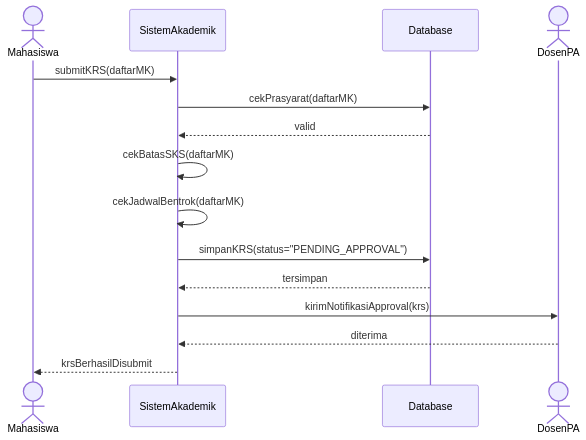
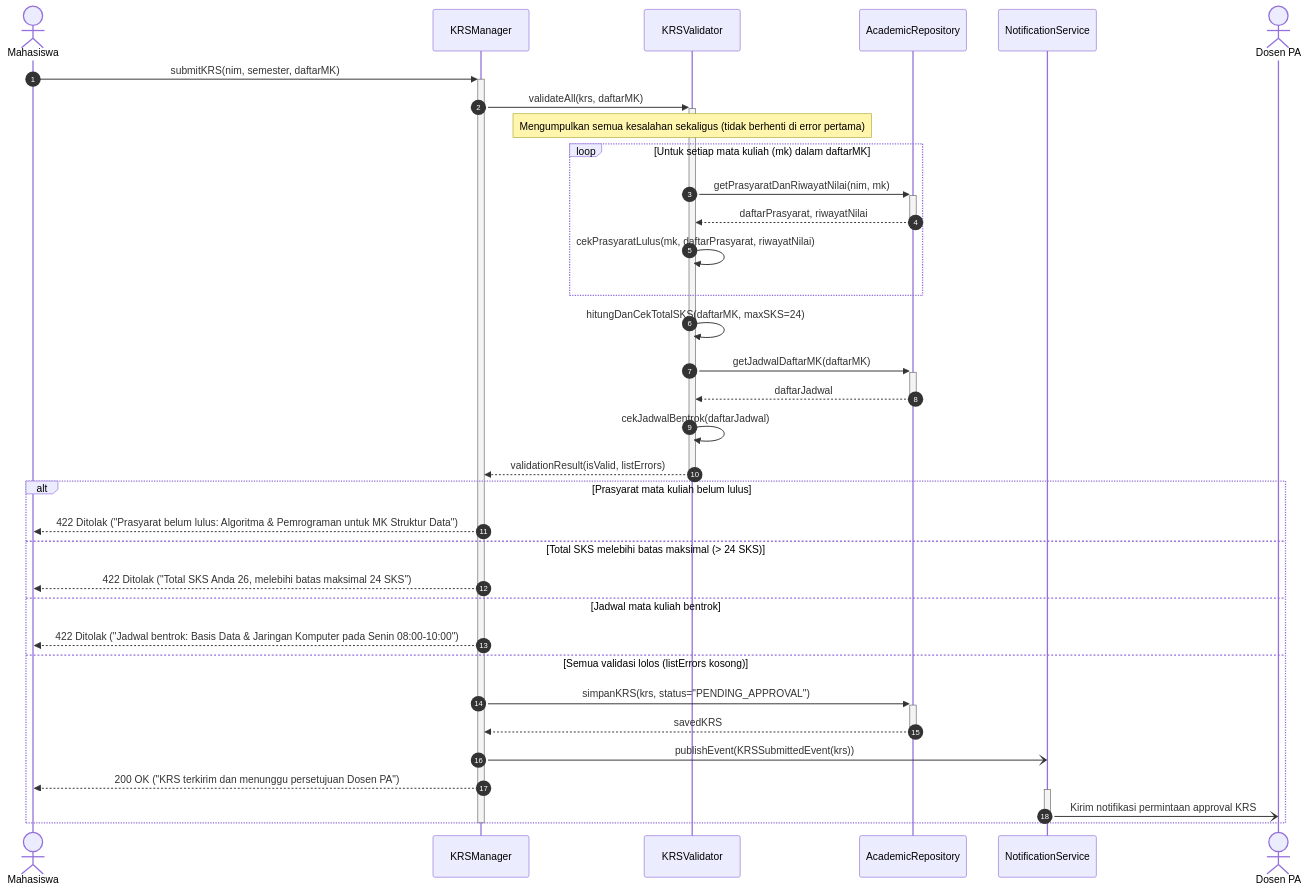
Before and after one commit to 12nicholacndy/PROJECT-PBO-PMB-KRS: the diagram in diagrams/sequence-krs.mmd, drawn with Mermaid. The commit also changed 1 other file, not shown here.

Commit message:
refactor(diagrams): add alternate flows, async notifications, and SOLID participants to sequence diagrams

```diff
--- a/diagrams/sequence-krs.mmd
+++ b/diagrams/sequence-krs.mmd
@@ -1,22 +1,54 @@
-%% SEVIMA-Mini — Sequence Diagram Validasi KRS (Draft v1 — Output Awal AI sebelum Revisi)
-%% Catatan kelemahan awal AI:
-%% 1. Semua logika menumpuk di satu participant "SistemAkademik" (God Object).
-%% 2. Tidak ada fragmen loop untuk memeriksa prasyarat setiap mata kuliah.
-%% 3. Tidak ada alternate flow (alt) untuk kasus gagal (prasyarat, SKS > 24, jadwal bentrok).
-%% 4. Notifikasi ke Dosen PA masih sinkron sehingga memblokir respon ke Mahasiswa.
+%% ============================================================================
+%% SEVIMA-Mini — Final Sequence Diagram: Validasi & Submit KRS
+%% Sinkron dengan Class Diagram:
+%%   KRSManager, KRSValidator, AcademicRepository, NotificationService.
+%% Mencakup:
+%%   - Fragmen loop untuk memeriksa prasyarat setiap mata kuliah
+%%   - Self-call untuk hitung total SKS (maks. 24) & cek jadwal bentrok
+%%   - Fragmen alt 4 cabang (prasyarat gagal, SKS > 24, jadwal bentrok, lolos)
+%%   - Pesan error spesifik & actionable (mengumpulkan semua error sekaligus)
+%%   - Pesan asinkron (-)) ke NotificationService agar Mahasiswa tidak menunggu
+%% ============================================================================
 sequenceDiagram
+    autonumber
     actor Mahasiswa
-    participant SistemAkademik
-    participant Database
-    actor DosenPA
+    participant KRSManager
+    participant KRSValidator
+    participant AcademicRepository
+    participant NotificationService
+    actor DosenPA as Dosen PA
 
-    Mahasiswa->>SistemAkademik: submitKRS(daftarMK)
-    SistemAkademik->>Database: cekPrasyarat(daftarMK)
-    Database-->>SistemAkademik: valid
-    SistemAkademik->>SistemAkademik: cekBatasSKS(daftarMK)
-    SistemAkademik->>SistemAkademik: cekJadwalBentrok(daftarMK)
-    SistemAkademik->>Database: simpanKRS(status="PENDING_APPROVAL")
-    Database-->>SistemAkademik: tersimpan
-    SistemAkademik->>DosenPA: kirimNotifikasiApproval(krs)
-    DosenPA-->>SistemAkademik: diterima
-    SistemAkademik-->>Mahasiswa: krsBerhasilDisubmit
+    Mahasiswa->>+KRSManager: submitKRS(nim, semester, daftarMK)
+    KRSManager->>+KRSValidator: validateAll(krs, daftarMK)
+    Note over KRSValidator: Mengumpulkan semua kesalahan sekaligus (tidak berhenti di error pertama)
+
+    loop Untuk setiap mata kuliah (mk) dalam daftarMK
+        KRSValidator->>+AcademicRepository: getPrasyaratDanRiwayatNilai(nim, mk)
+        AcademicRepository-->>-KRSValidator: daftarPrasyarat, riwayatNilai
+        KRSValidator->>KRSValidator: cekPrasyaratLulus(mk, daftarPrasyarat, riwayatNilai)
+    end
+
+    KRSValidator->>KRSValidator: hitungDanCekTotalSKS(daftarMK, maxSKS=24)
+
+    KRSValidator->>+AcademicRepository: getJadwalDaftarMK(daftarMK)
+    AcademicRepository-->>-KRSValidator: daftarJadwal
+    KRSValidator->>KRSValidator: cekJadwalBentrok(daftarJadwal)
+
+    KRSValidator-->>-KRSManager: validationResult(isValid, listErrors)
+
+    alt Prasyarat mata kuliah belum lulus
+        KRSManager-->>Mahasiswa: 422 Ditolak ("Prasyarat belum lulus: Algoritma & Pemrograman untuk MK Struktur Data")
+    else Total SKS melebihi batas maksimal (> 24 SKS)
+        KRSManager-->>Mahasiswa: 422 Ditolak ("Total SKS Anda 26, melebihi batas maksimal 24 SKS")
+    else Jadwal mata kuliah bentrok
+        KRSManager-->>Mahasiswa: 422 Ditolak ("Jadwal bentrok: Basis Data & Jaringan Komputer pada Senin 08:00-10:00")
+    else Semua validasi lolos (listErrors kosong)
+        KRSManager->>+AcademicRepository: simpanKRS(krs, status="PENDING_APPROVAL")
+        AcademicRepository-->>-KRSManager: savedKRS
+        KRSManager-)NotificationService: publishEvent(KRSSubmittedEvent(krs))
+        KRSManager-->>Mahasiswa: 200 OK ("KRS terkirim dan menunggu persetujuan Dosen PA")
+        activate NotificationService
+        NotificationService-)DosenPA: Kirim notifikasi permintaan approval KRS
+        deactivate NotificationService
+    end
+    deactivate KRSManager
```
